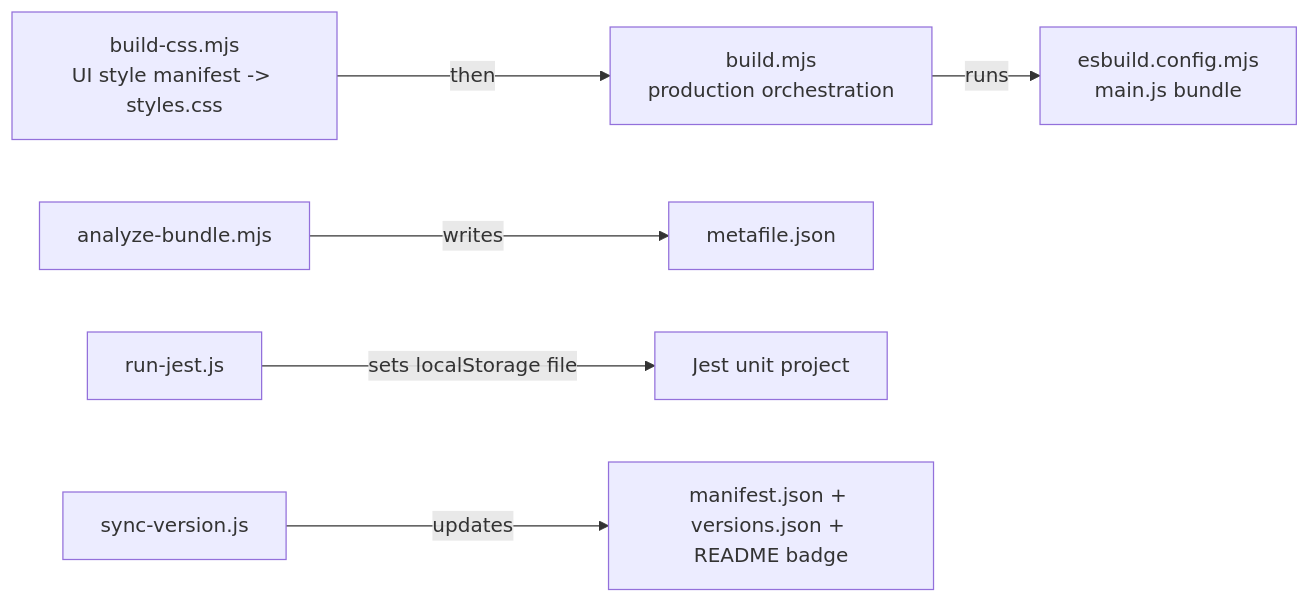
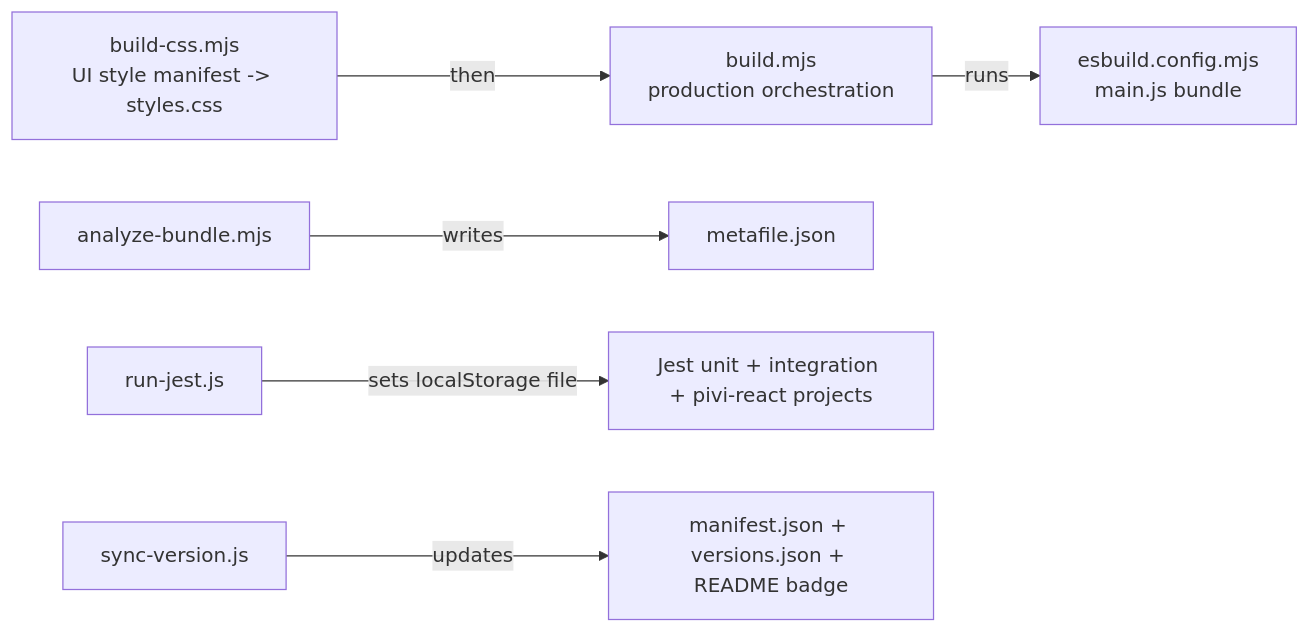
Before and after one commit to shuuul/obsidian-pivi: the diagram in scripts/AGENTS.md, drawn with Mermaid. The commit also changed other lines of this file and 139 other files, not shown here.

````diff
--- a/scripts/AGENTS.md
+++ b/scripts/AGENTS.md
@@ -9,8 +9,8 @@
 ```mermaid
 flowchart LR
   CSS["build-css.mjs<br/>UI style manifest -> styles.css"] -- "then" --> Build["build.mjs<br/>production orchestration"]
   Build -- "runs" --> Esbuild["esbuild.config.mjs<br/>main.js bundle"]
   Analyze["analyze-bundle.mjs"] -- "writes" --> Meta["metafile.json"]
-  Jest["run-jest.js"] -- "sets localStorage file" --> Tests["Jest unit project"]
+  Jest["run-jest.js"] -- "sets localStorage file" --> Tests["Jest unit + integration + pivi-react projects"]
   Version["sync-version.js"] -- "updates" --> Manifest["manifest.json + versions.json + README badge"]
 ```
````
